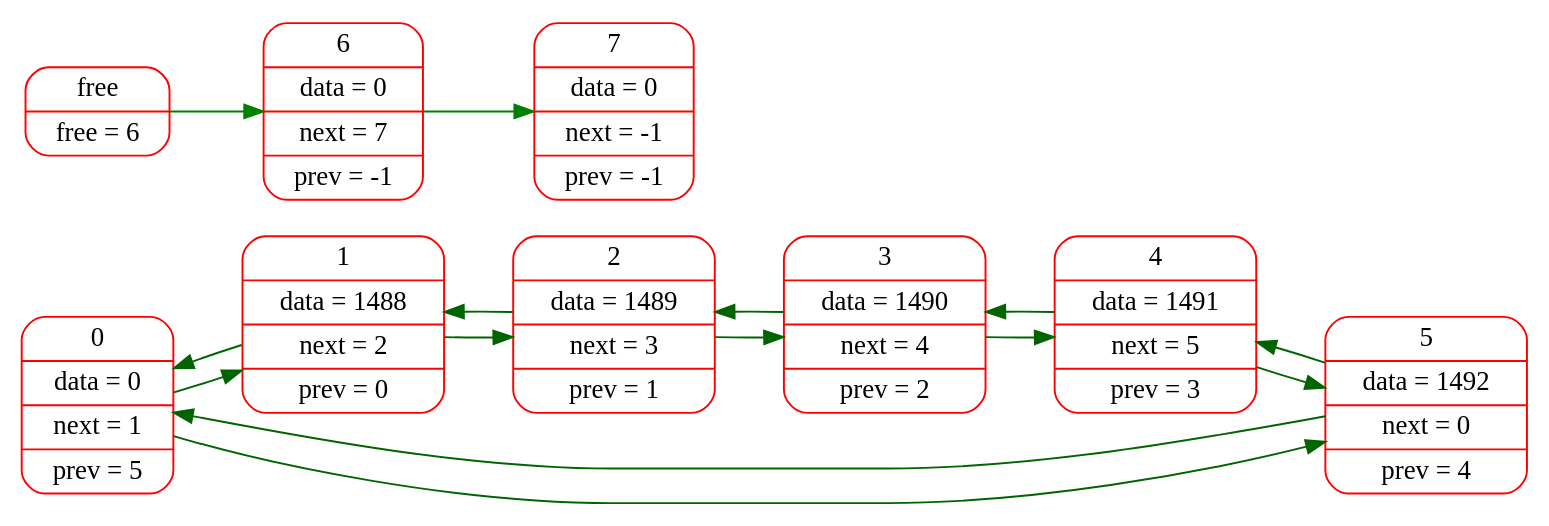
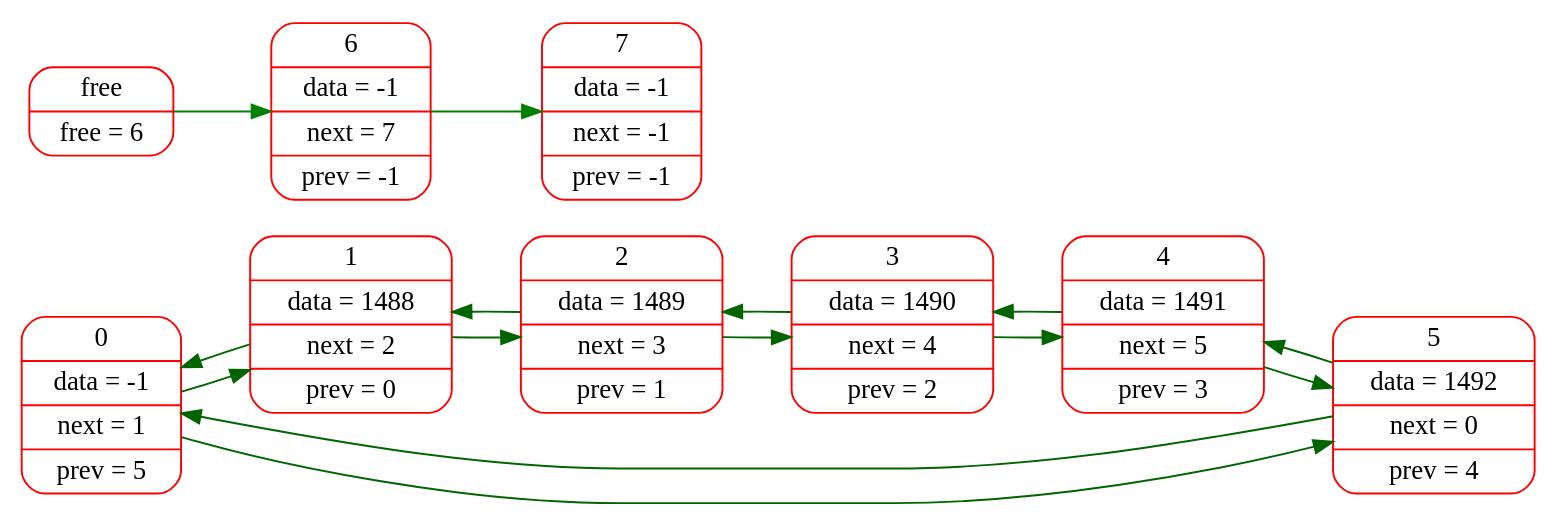
One commit to sevaphasol/list changed the diagram in logs/dot_files/005.dot. Above: the diagram before and after it, drawn with Graphviz. The commit also changed 23 other files, not shown here.

```diff
--- a/logs/dot_files/005.dot
+++ b/logs/dot_files/005.dot
@@ -1,19 +1,19 @@
 digraph G{
 rankdir=LR;
 node[color="red",fontsize=14];
-elem0[shape="Mrecord", label="0 | data = 0 | next = 1 | prev = 5"];
+elem0[shape="Mrecord", label="0 | data = -1 | next = 1 | prev = 5"];
 elem1[shape="Mrecord", label="1 | data = 1488 | next = 2 | prev = 0"];
 elem2[shape="Mrecord", label="2 | data = 1489 | next = 3 | prev = 1"];
 elem3[shape="Mrecord", label="3 | data = 1490 | next = 4 | prev = 2"];
 elem4[shape="Mrecord", label="4 | data = 1491 | next = 5 | prev = 3"];
 elem5[shape="Mrecord", label="5 | data = 1492 | next = 0 | prev = 4"];
 edge[color="darkgreen",fontsize=12, penwidth=1];
 elem0->elem1->elem2->elem3->elem4->elem5->elem0;
 edge[color="darkgreen",fontsize=12, penwidth=1];
 elem0->elem5->elem4->elem3->elem2->elem1->elem0;
 free[shape="Mrecord", label="free | free = 6"];
-free_elem6[shape="Mrecord", label="6 | data = 0 | next = 7 | prev = -1"];
-free_elem7[shape="Mrecord", label="7 | data = 0 | next = -1 | prev = -1"];
+free_elem6[shape="Mrecord", label="6 | data = -1 | next = 7 | prev = -1"];
+free_elem7[shape="Mrecord", label="7 | data = -1 | next = -1 | prev = -1"];
 edge[color="green",fontsize=12, penwidth=1];
 free->free_elem6->free_elem7;
 }
```
